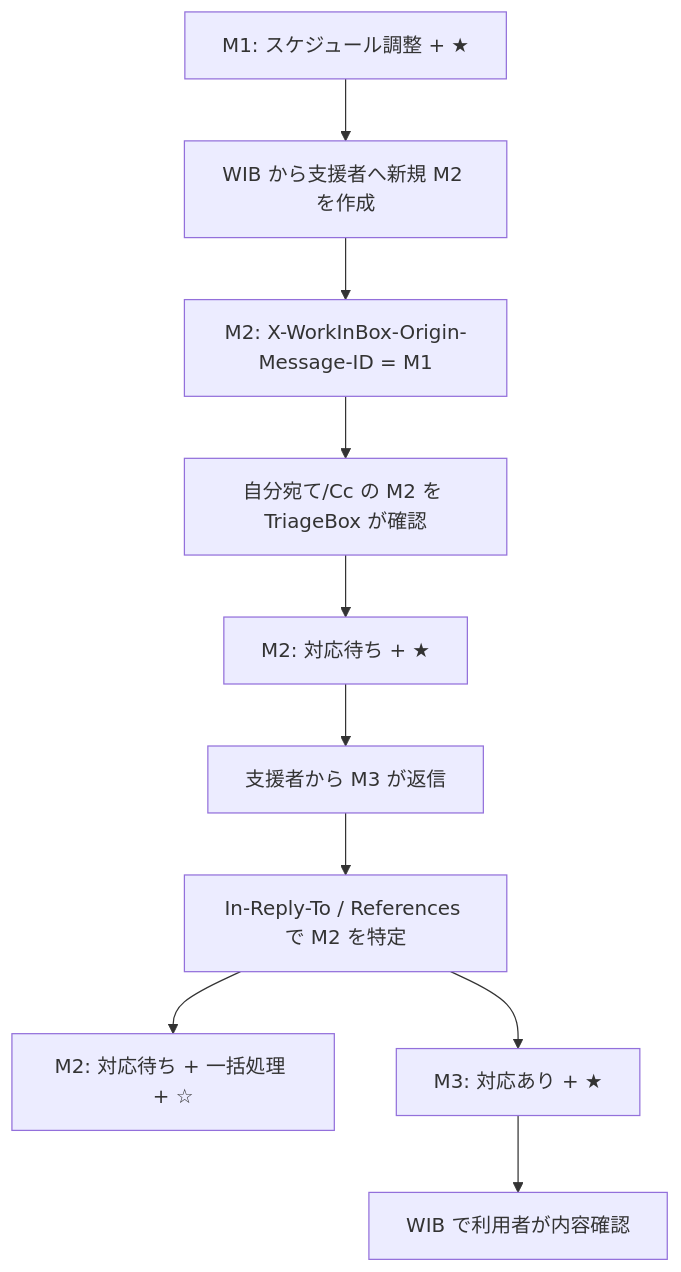
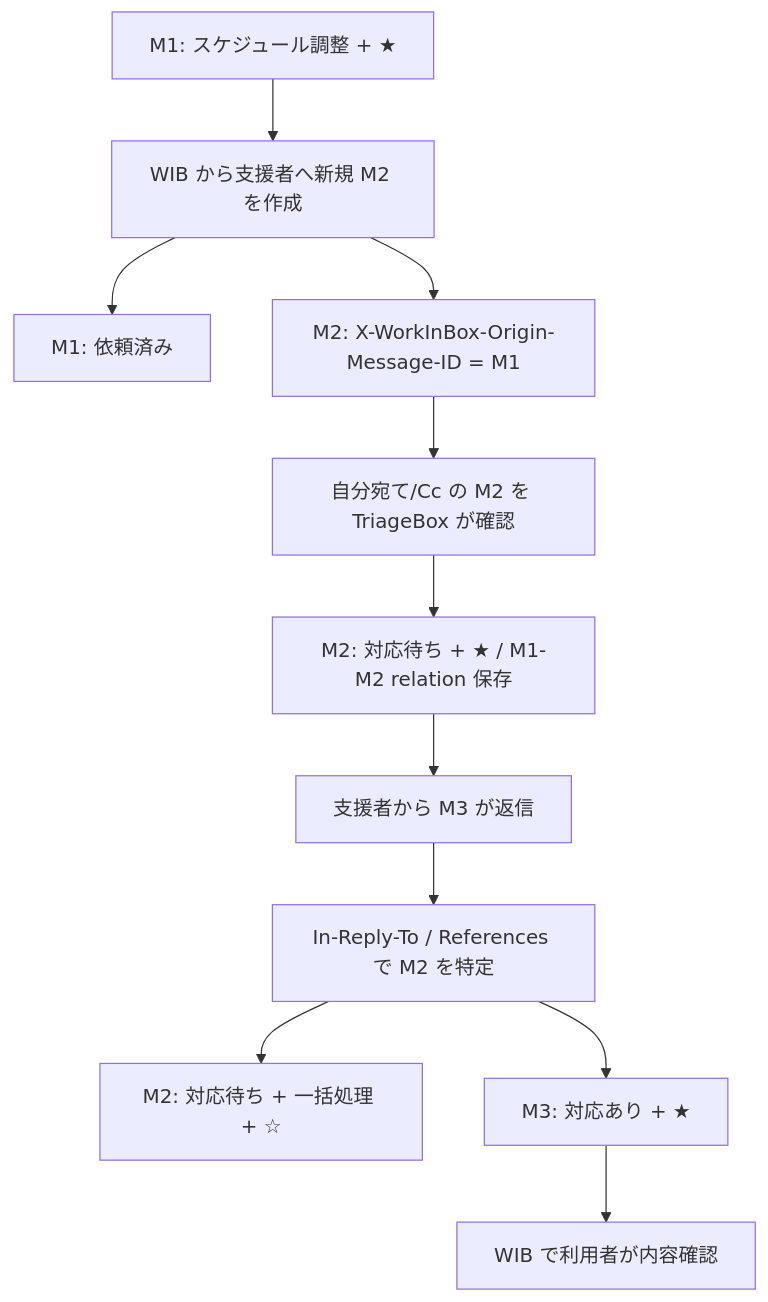
The second of 2 diagrams in docs/triagebox_decision_flow.md (a3suger/WorkInBox), drawn with Mermaid before and after one commit. The commit also changed other lines of this file, not shown here.

````diff
--- a/docs/triagebox_decision_flow.md
+++ b/docs/triagebox_decision_flow.md
@@ -199,12 +200,13 @@
 ```mermaid
 flowchart TD
     A[M1: スケジュール調整 + ★] --> B[WIB から支援者へ新規 M2 を作成]
+    B --> BA[M1: 依頼済み]
     B --> C[M2: X-WorkInBox-Origin-Message-ID = M1]
     C --> D[自分宛て/Cc の M2 を TriageBox が確認]
-    D --> E[M2: 対応待ち + ★]
+    D --> E[M2: 対応待ち + ★ / M1-M2 relation 保存]
     E --> F[支援者から M3 が返信]
     F --> G[In-Reply-To / References で M2 を特定]
     G --> H[M2: 対応待ち + 一括処理 + ☆]
     G --> I[M3: 対応あり + ★]
     I --> J[WIB で利用者が内容確認]
 ```
````
